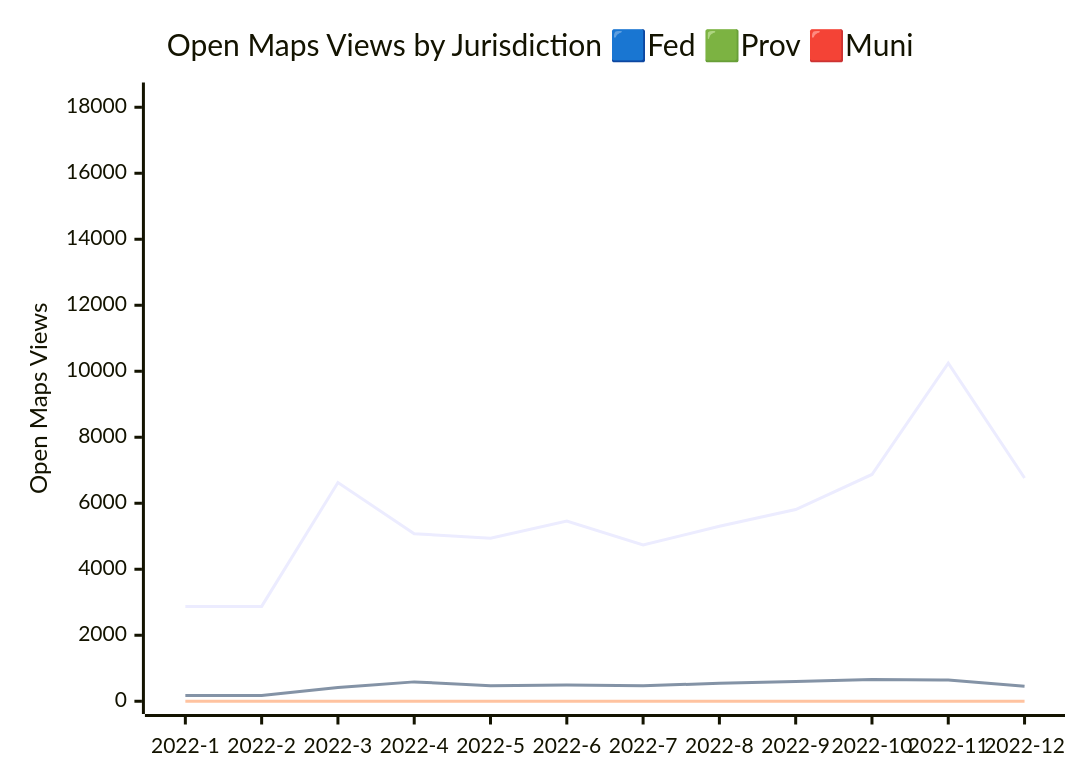
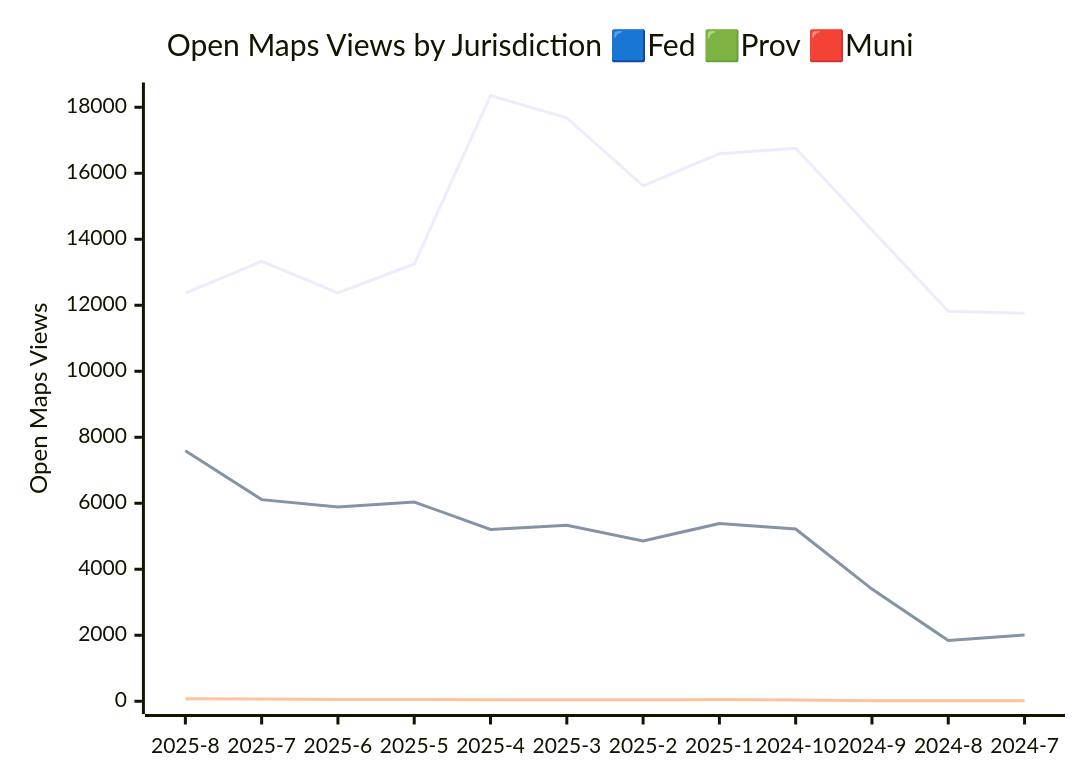
One commit to PatLittle/analytics-corporate-reporting changed the third of 3 diagrams in JURISDICTION_ANALYTICS_REPORT/readme.md. Above: the diagram before and after it, drawn with Mermaid.

````diff
--- a/JURISDICTION_ANALYTICS_REPORT/readme.md
+++ b/JURISDICTION_ANALYTICS_REPORT/readme.md
@@ -30,10 +30,10 @@
 ```mermaid
 
 xychart-beta
     title "Open Maps Views by Jurisdiction 🟦Fed 🟩Prov 🟥Muni"
-    x-axis [2022-1, 2022-2, 2022-3, 2022-4, 2022-5, 2022-6, 2022-7, 2022-8, 2022-9, 2022-10, 2022-11, 2022-12]
+    x-axis [2025-8, 2025-7, 2025-6, 2025-5, 2025-4, 2025-3, 2025-2, 2025-1, 2024-10, 2024-9, 2024-8, 2024-7]
     y-axis "Open Maps Views" 0 --> 18364
-    line [2874, 2874, 6627, 5077, 4939, 5458, 4739, 5301, 5811, 6872, 10247, 6764]
-    line [172, 172, 416, 587, 472, 495, 467, 546, 595, 659, 645, 455]
-    line [0, 0, 0, 0, 1, 1, 0, 0, 0, 2, 3, 1]
+    line [12366, 13332, 12375, 13250, 18354, 17679, 15618, 16591, 16758, 14279, 11821, 11759]
+    line [7594, 6110, 5883, 6038, 5207, 5336, 4860, 5385, 5218, 3398, 1839, 2008]
+    line [72, 71, 51, 52, 42, 47, 45, 52, 36, 14, 17, 15]
 ```
````
